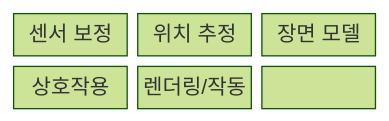
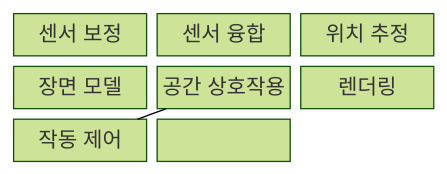
Before and after one commit to agnusdei1207/knowledge-base: the first of 2 diagrams in src/content/docs/notes/08-latest-tech/225_spatial_computing.md, drawn with Mermaid (forest theme). The commit also changed other lines of this file and 6 other files, not shown here.

````diff
--- a/src/content/docs/notes/08-latest-tech/225_spatial_computing.md
+++ b/src/content/docs/notes/08-latest-tech/225_spatial_computing.md
@@ -68,11 +72,14 @@
 ```mermaid
 block-beta
   columns 3
   N0["센서 보정"]
+  N5["센서 융합"]
   N1["위치 추정"]
   N2["장면 모델"]
-  N3["상호작용"]
-  N4["렌더링/작동"]
-  N0 --- N1 --- N2
+  N3["공간 상호작용"]
+  N4["렌더링"]
+  N6["작동 제어"]
+  N0 --- N5 --- N1 --- N2
   N2 --- N3 --- N4
+  N3 --- N6
 ```
````
